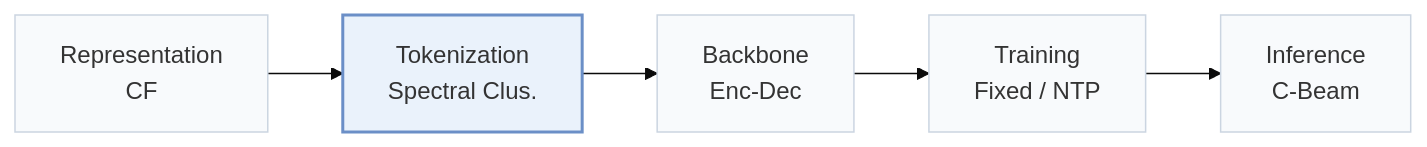
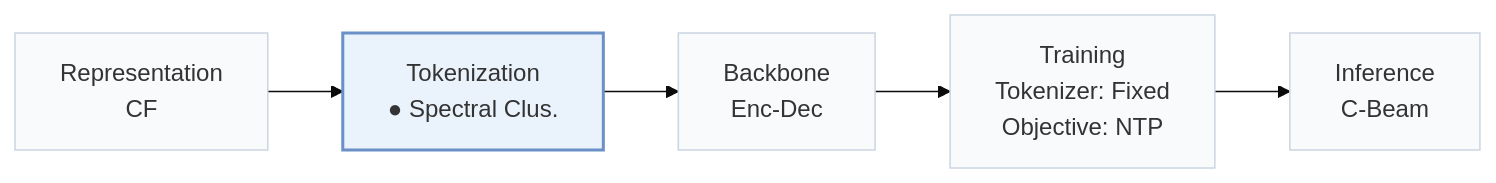
The first of 2 diagrams in pages/papers/cid.md (Galaxy-ghost/Awesome-SID-Generative-Rec), drawn with Mermaid (base theme) before and after one commit. The commit also changed other lines of this file and 558 other files, not shown here.

````diff
--- a/pages/papers/cid.md
+++ b/pages/papers/cid.md
@@ -15,8 +18,8 @@
 ```mermaid
 flowchart LR
-    R["Representation<br/>CF"] --> T["Tokenization<br/>Spectral Clus."] --> B["Backbone<br/>Enc-Dec"] --> TR["Training<br/>Fixed / NTP"] --> I["Inference<br/>C-Beam"]
+    R["Representation<br/>CF"] --> T["Tokenization<br/>● Spectral Clus."] --> B["Backbone<br/>Enc-Dec"] --> TR["Training<br/>Tokenizer: Fixed<br/>Objective: NTP"] --> I["Inference<br/>C-Beam"]
     classDef base fill:#f8fafc,stroke:#cbd5e1
     class R,T,B,TR,I base
     classDef main fill:#eaf2fb,stroke:#6b8fc7,stroke-width:2px
     class T main
 ```
````
